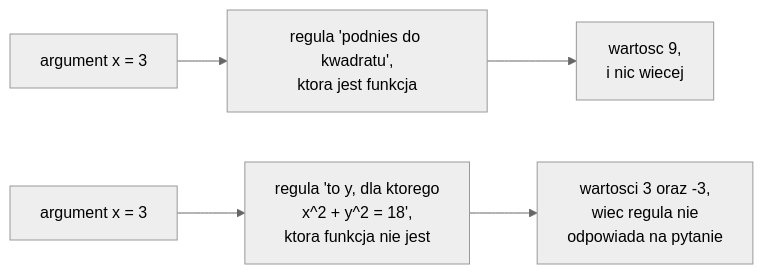
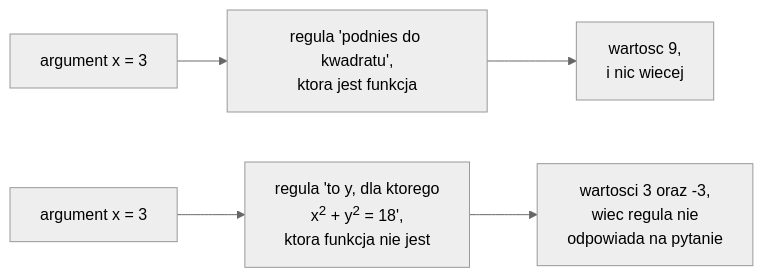
The diagram in figures/mermaid/pl/f05-one-output.mmd (konradcinkusz/math-for-ai-engineers), drawn with Mermaid (neutral theme) before and after one commit. The commit also changed 24 other files, not shown here.

```diff
--- a/figures/mermaid/pl/f05-one-output.mmd
+++ b/figures/mermaid/pl/f05-one-output.mmd
@@ -1,5 +1,5 @@
 flowchart LR
   A["argument x = 3"] --> B["regula 'podnies do kwadratu',<br/>ktora jest funkcja"]
   B --> C["wartosc 9,<br/>i nic wiecej"]
-  D["argument x = 3"] --> E["regula 'to y, dla ktorego<br/>x^2 + y^2 = 18',<br/>ktora funkcja nie jest"]
+  D["argument x = 3"] --> E["regula 'to y, dla ktorego<br/>x<sup>2</sup> + y<sup>2</sup> = 18',<br/>ktora funkcja nie jest"]
   E --> F["wartosci 3 oraz -3,<br/>wiec regula nie<br/>odpowiada na pytanie"]
```
